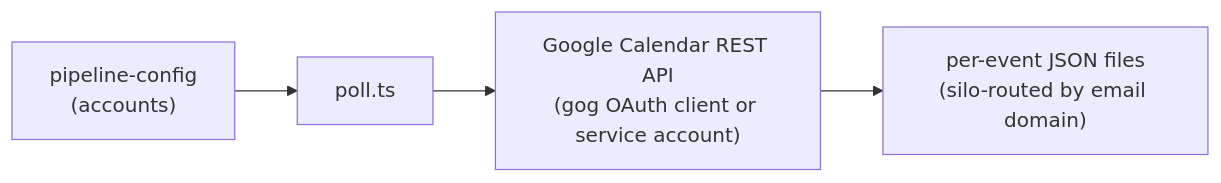
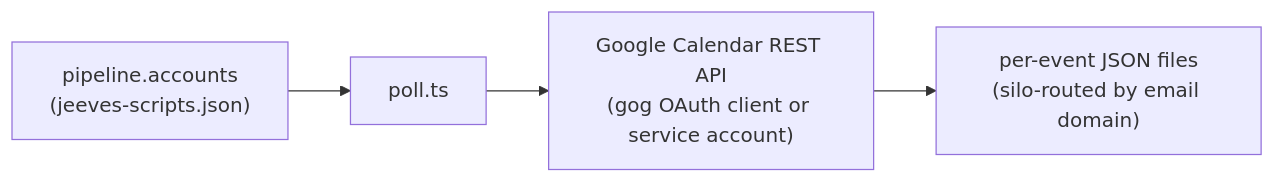
One commit to karmaniverous/jeeves-scripts-core changed the diagram in packages/core/docs/calendar.md. Above: the diagram before and after it, drawn with Mermaid. The commit also changed other lines of this file and 35 other files, not shown here.

First line of the commit message:
docs: sync core docs and usage text with jeeves-scripts.json and the launcher

````diff
--- a/packages/core/docs/calendar.md
+++ b/packages/core/docs/calendar.md
@@ -13,6 +13,6 @@
 ```mermaid
 flowchart LR
-  config["pipeline-config\n(accounts)"] --> poll["poll.ts"]
+  config["pipeline.accounts\n(jeeves-scripts.json)"] --> poll["poll.ts"]
   poll --> gcal["Google Calendar REST API\n(gog OAuth client or service account)"]
   gcal --> events["per-event JSON files\n(silo-routed by email domain)"]
 ```
````
